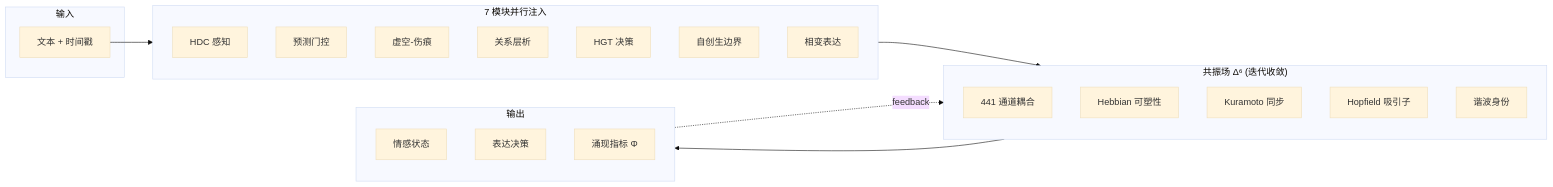
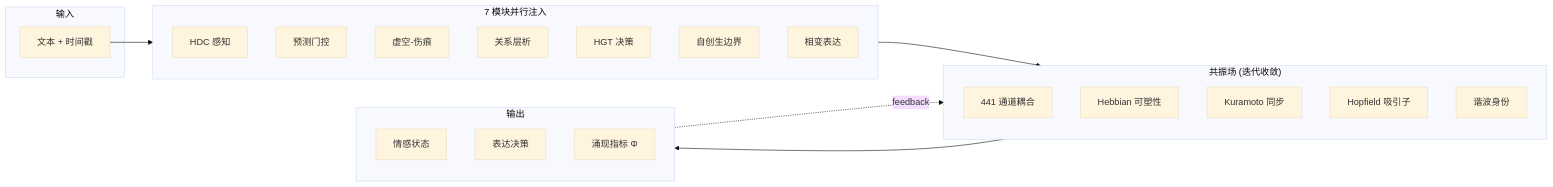
The diagram in README.md (Ayleovelle/SylannEngine), drawn with Mermaid (base theme) before and after one commit. The commit also changed other lines of this file, not shown here.

````diff
--- a/README.md
+++ b/README.md
@@ -68,34 +121,34 @@
 ```mermaid
 flowchart LR
     subgraph INPUT["输入"]
         T["文本 + 时间戳"]
     end
 
     subgraph MODULES["7 模块并行注入"]
         M0["HDC 感知"]
         M1["预测门控"]
         M2["虚空-伤痕"]
         M3["关系层析"]
         M4["HGT 决策"]
         M5["自创生边界"]
         M6["相变表达"]
     end
 
-    subgraph FIELD["共振场 Δ⁶ (迭代收敛)"]
+    subgraph FIELD["共振场 (迭代收敛)"]
         direction TB
         F1["441 通道耦合"]
         F2["Hebbian 可塑性"]
         F3["Kuramoto 同步"]
         F4["Hopfield 吸引子"]
         F5["谐波身份"]
     end
 
     subgraph OUTPUT["输出"]
         O1["情感状态"]
         O2["表达决策"]
         O3["涌现指标 Φ"]
     end
 
     T --> MODULES --> FIELD --> OUTPUT
     OUTPUT -.->|"feedback"| F2
 ```
````
